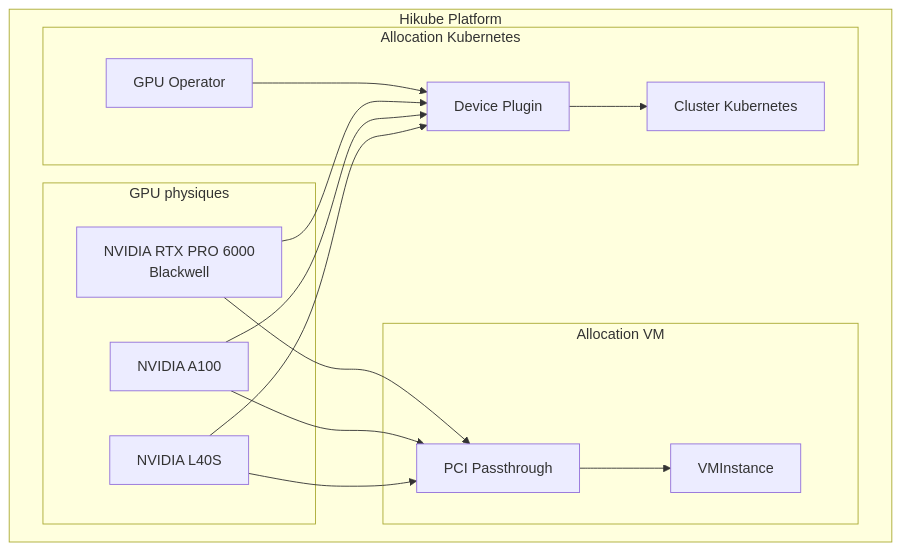
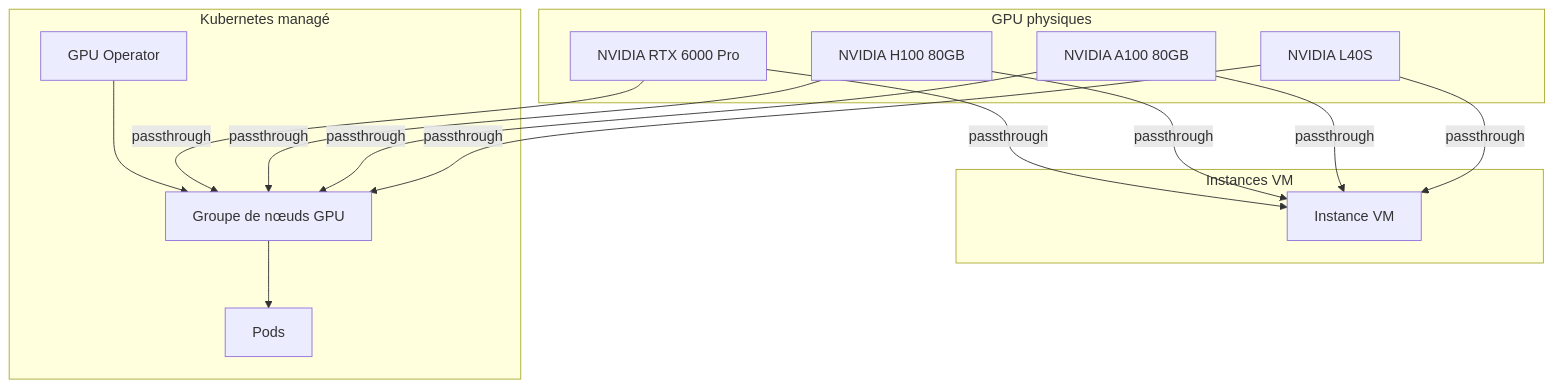
The first of 2 diagrams in docs/services/gpu/concepts.md (HidoraSwiss/hikube-public-doc), drawn with Mermaid before and after one commit. The commit also changed other lines of this file and 22 other files, not shown here.

````diff
--- a/docs/services/gpu/concepts.md
+++ b/docs/services/gpu/concepts.md
@@ -12,32 +12,24 @@
 ```mermaid
 graph TB
-    subgraph "Hikube Platform"
-        subgraph "GPU physiques"
-            G1[NVIDIA L40S]
-            G2[NVIDIA A100]
-            G3[NVIDIA RTX PRO 6000<br/>Blackwell]
-        end
-
-        subgraph "Allocation VM"
-            VMI[VMInstance]
-            PT[PCI Passthrough]
-        end
-
-        subgraph "Allocation Kubernetes"
-            K8S[Cluster Kubernetes]
-            DP[Device Plugin]
-            GO[GPU Operator]
-        end
+    subgraph "GPU physiques"
+        G1[NVIDIA L40S]
+        G2[NVIDIA A100 80GB]
+        G3[NVIDIA H100 80GB]
+        G4[NVIDIA RTX 6000 Pro]
     end
 
-    G1 --> PT
-    G2 --> PT
-    G3 --> PT
-    PT --> VMI
+    subgraph "Instances VM"
+        VMI[Instance VM]
+    end
 
-    G1 --> DP
-    G2 --> DP
-    G3 --> DP
-    GO --> DP
-    DP --> K8S
+    subgraph "Kubernetes managé"
+        NG[Groupe de nœuds GPU]
+        GO[GPU Operator]
+        POD[Pods]
+    end
+
+    G1 & G2 & G3 & G4 -->|passthrough| VMI
+    G1 & G2 & G3 & G4 -->|passthrough| NG
+    GO --> NG
+    NG --> POD
 ```
````
